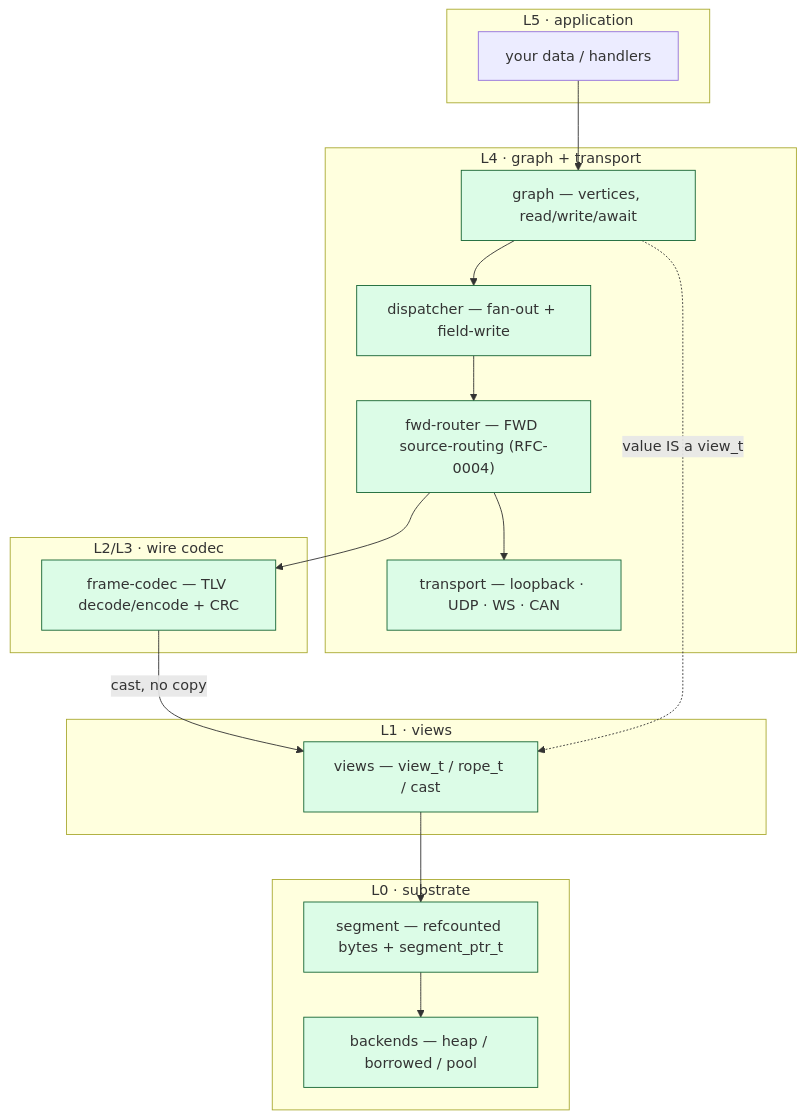
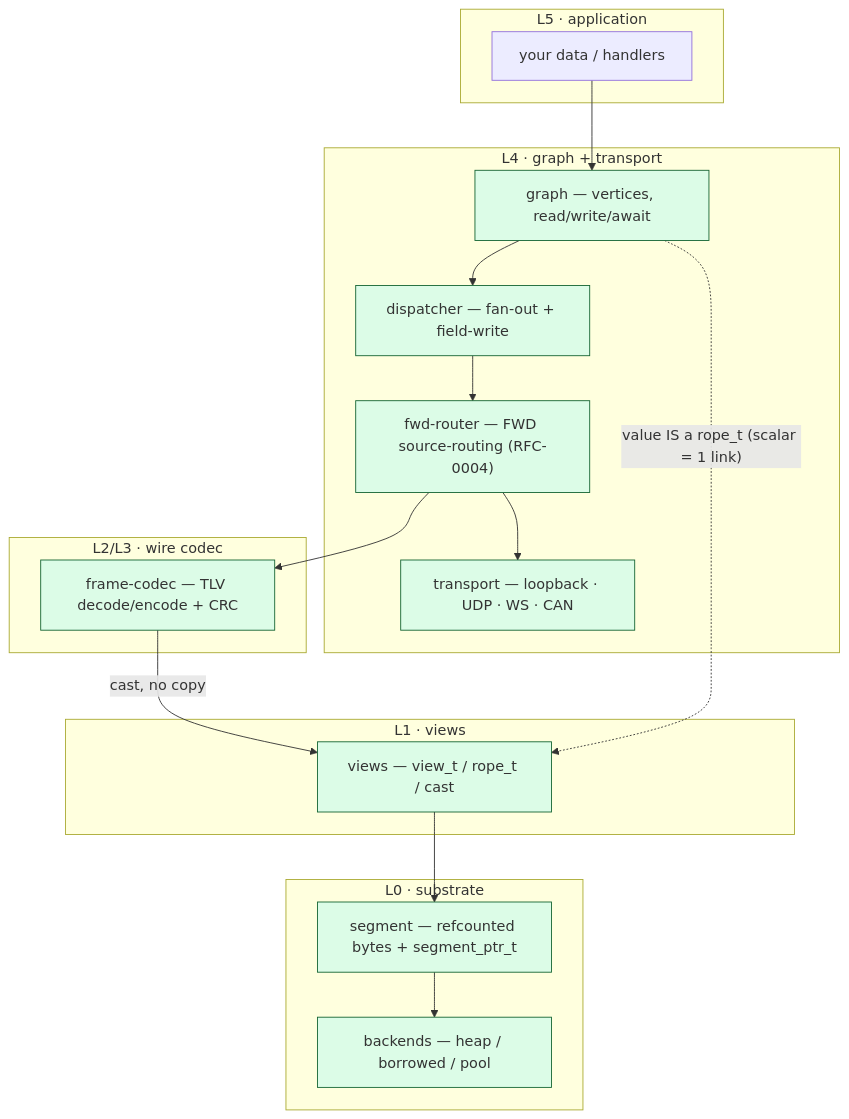
The diagram in docs/modules/index.md (avatarsd-llc/libtracer), drawn with Mermaid before and after one commit. The commit also changed 1 other file, not shown here.

Commit message:
docs: reconcile getting-started + modules index with the rope-valued API
Follow-up to the module-page reconcile (#269): fix the same drift in the
tutorial and the modules landing so their shown code actually compiles against
today's API.

- getting-started.md: read returns a rope_t (not a view_t clone) — a scalar is
  a single-link rope, so v.only().bytes() gives the contiguous bytes; the
  subscribe callback takes const rope_t&; and every path uses the parse-once
  path_t("…") constructor instead of the retired *path_t::parse deref (ADR-0054).
- modules/index.md: the stack diagram edge is "value IS a rope_t (scalar = 1
  link)", not view_t (ADR-0053 §6).

Input values stay view_t (they convert to rope_t implicitly on write), so those
mentions are left as-is. Sphinx + Breathe build clean (0 warnings). Part of #32.

````diff
--- a/docs/modules/index.md
+++ b/docs/modules/index.md
@@ -12,32 +12,32 @@
 ```{mermaid}
 flowchart TB
     subgraph L5["L5 · application"]
         APP[your data / handlers]
     end
     subgraph L4["L4 · graph + transport"]
         GRAPH["graph — vertices, read/write/await"]
         DISP["dispatcher — fan-out + field-write"]
         FWD["fwd-router — FWD source-routing (RFC-0004)"]
         TRANSPORT["transport — loopback · UDP · WS · CAN"]
     end
     subgraph L23["L2/L3 · wire codec"]
         FRAME["frame-codec — TLV decode/encode + CRC"]
     end
     subgraph L1["L1 · views"]
         VIEWS["views — view_t / rope_t / cast"]
     end
     subgraph L0["L0 · substrate"]
         SEG["segment — refcounted bytes + segment_ptr_t"]
         BACK["backends — heap / borrowed / pool"]
     end
 
     APP --> GRAPH
     GRAPH --> DISP --> FWD
     FWD --> FRAME
     FWD --> TRANSPORT
-    GRAPH -. "value IS a view_t" .-> VIEWS
+    GRAPH -. "value IS a rope_t (scalar = 1 link)" .-> VIEWS
     FRAME -- "cast, no copy" --> VIEWS
     VIEWS --> SEG --> BACK
     classDef done fill:#dcfce7,stroke:#166534;
     class FRAME,VIEWS,SEG,BACK,GRAPH,DISP,FWD,TRANSPORT done;
 ```
````
